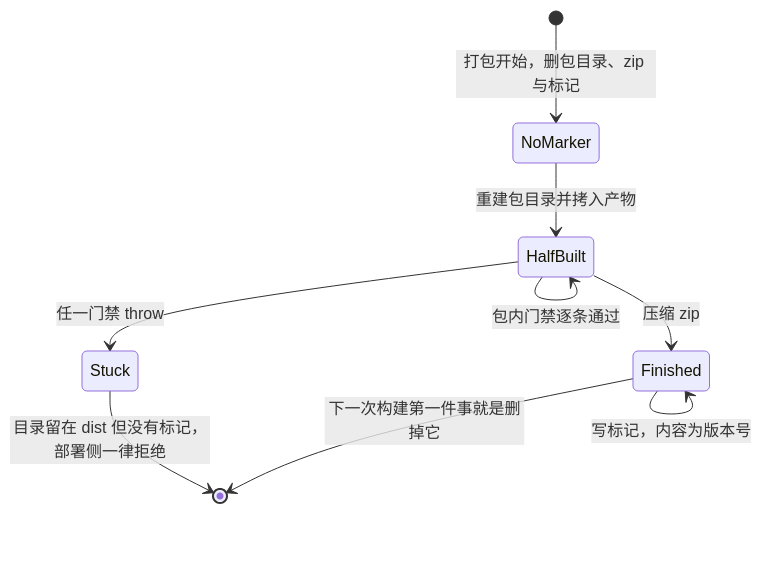
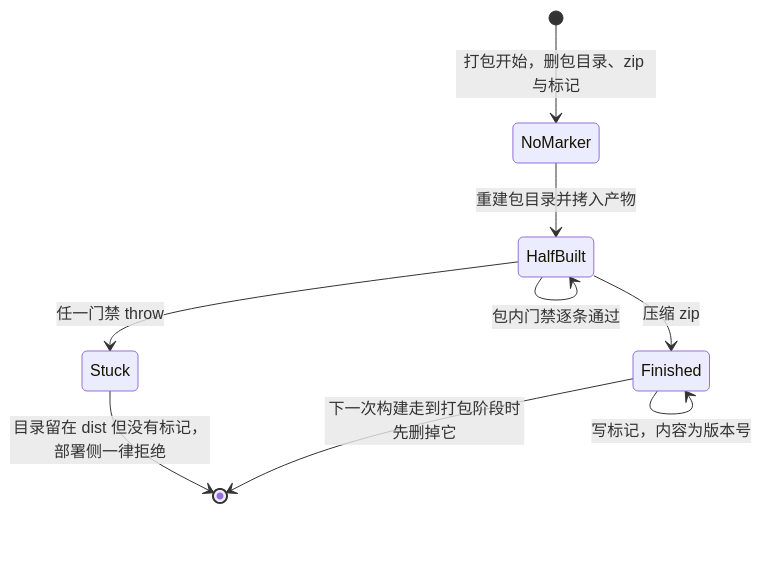
Before and after one commit to baagod/GBFR-Sigil-Loadout: the second of 3 diagrams in openwiki/operations/build-and-release.md, drawn with Mermaid. The commit also changed other lines of this file and 38 other files, not shown here.

````diff
--- a/openwiki/operations/build-and-release.md
+++ b/openwiki/operations/build-and-release.md
@@ -237,11 +248,11 @@
 ```mermaid
 stateDiagram-v2
     [*] --> NoMarker: 打包开始，删包目录、zip 与标记
     NoMarker --> HalfBuilt: 重建包目录并拷入产物
     HalfBuilt --> HalfBuilt: 包内门禁逐条通过
     HalfBuilt --> Stuck: 任一门禁 throw
     Stuck --> [*]: 目录留在 dist 但没有标记，部署侧一律拒绝
     HalfBuilt --> Finished: 压缩 zip
     Finished --> Finished: 写标记，内容为版本号
-    Finished --> [*]: 下一次构建第一件事就是删掉它
+    Finished --> [*]: 下一次构建走到打包阶段时先删掉它
 ```
````
